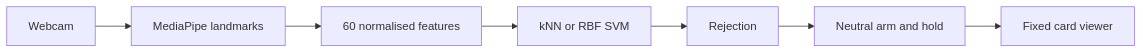
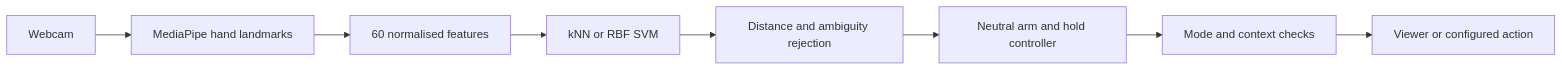
One commit to Chi944/GestureForge changed the diagram in README.md. Above: the diagram before and after it, drawn with Mermaid. The commit also changed other lines of this file and 1 other file, not shown here.

````diff
--- a/README.md
+++ b/README.md
@@ -283,9 +128,10 @@
 ```mermaid
 flowchart LR
-    A[Webcam] --> B[MediaPipe landmarks]
+    A[Webcam] --> B[MediaPipe hand landmarks]
     B --> C[60 normalised features]
     C --> D[kNN or RBF SVM]
-    D --> E[Rejection]
-    E --> F[Neutral arm and hold]
-    F --> G[Fixed card viewer]
+    D --> E[Distance and ambiguity rejection]
+    E --> F[Neutral arm and hold controller]
+    F --> G[Mode and context checks]
+    G --> H[Viewer or configured action]
 ```
````
